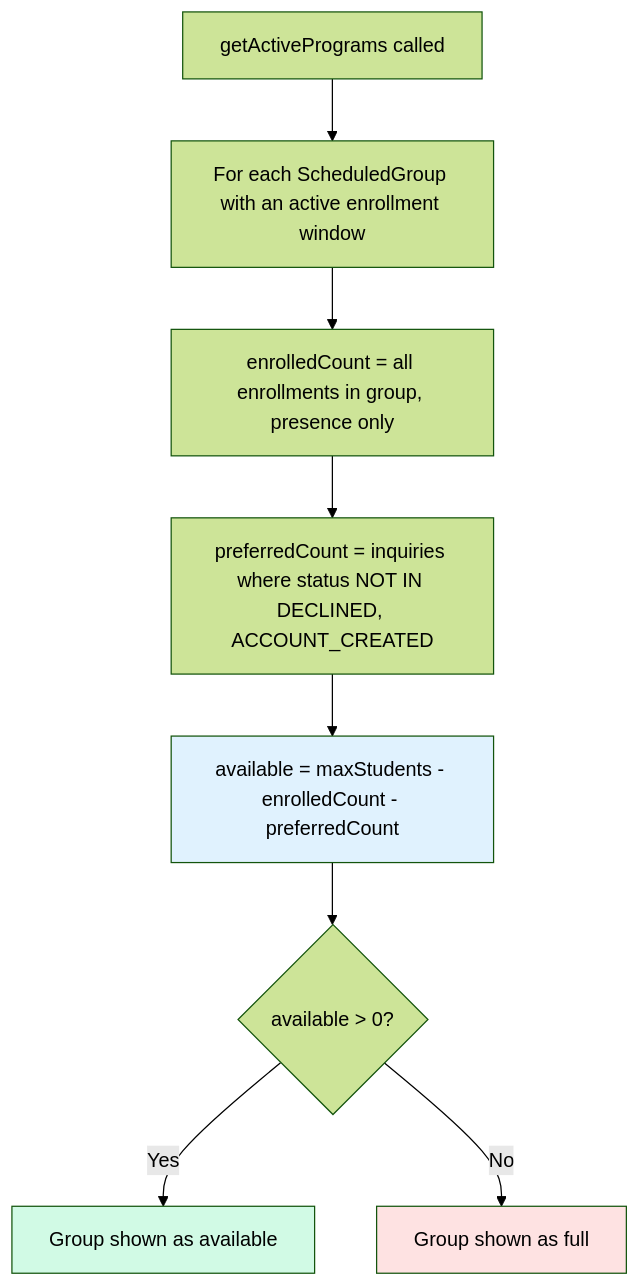
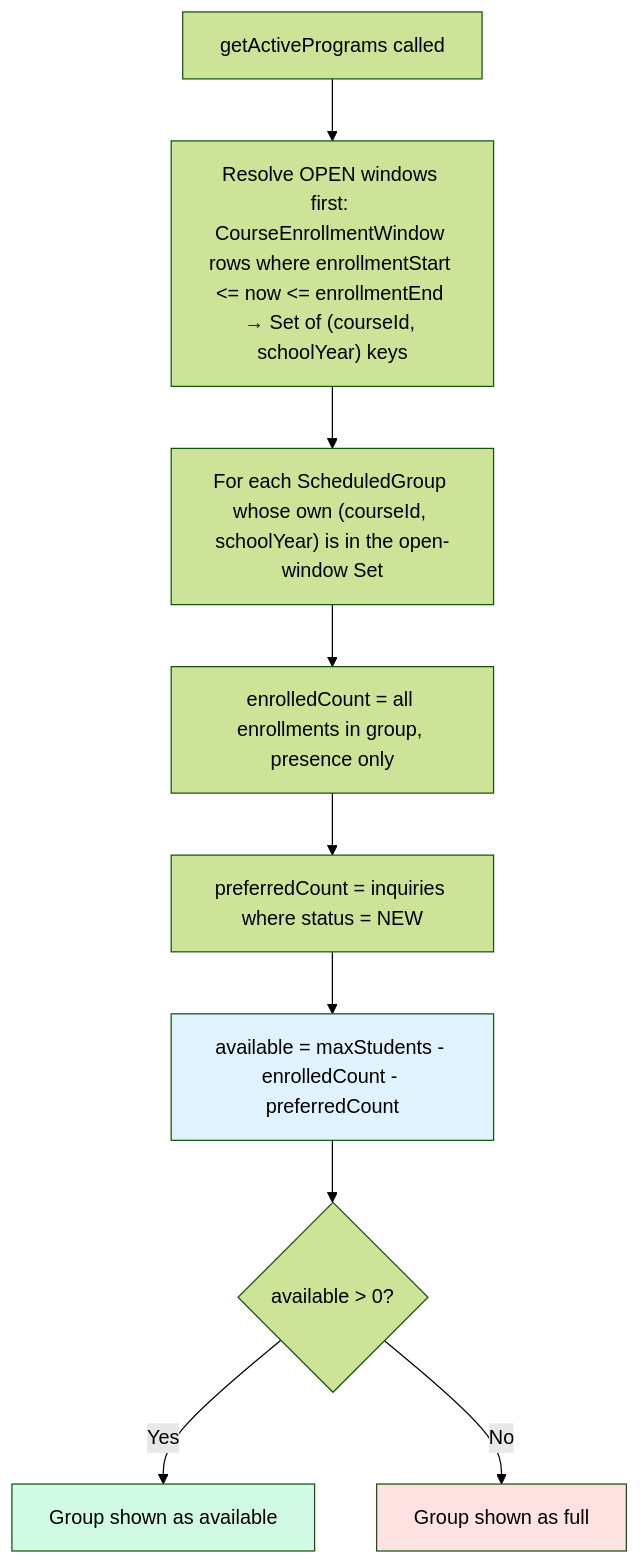
The second of 12 diagrams in docs/diagrams/flowchart.md (jpucic00/inovatic), drawn with Mermaid (forest theme) before and after one commit. The commit also changed other lines of this file and 2 other files, not shown here.

First line of the commit message:
Update ERD, flowchart, attendance diagrams to match current schema

````diff
--- a/docs/diagrams/flowchart.md
+++ b/docs/diagrams/flowchart.md
@@ -30,14 +31,15 @@
 ```mermaid
 flowchart TD
-    A[getActivePrograms called] --> B[For each ScheduledGroup with an active enrollment window]
+    A[getActivePrograms called] --> A2["Resolve OPEN windows first: CourseEnrollmentWindow rows where enrollmentStart &lt;= now &lt;= enrollmentEnd → Set of (courseId, schoolYear) keys"]
+    A2 --> B["For each ScheduledGroup whose own (courseId, schoolYear) is in the open-window Set"]
     B --> C[enrolledCount = all enrollments in group, presence only]
-    C --> D[preferredCount = inquiries where status NOT IN DECLINED, ACCOUNT_CREATED]
+    C --> D[preferredCount = inquiries where status = NEW]
     D --> E["available = maxStudents - enrolledCount - preferredCount"]
     E --> F{available > 0?}
     F -->|Yes| SHOW[Group shown as available]
     F -->|No| FULL[Group shown as full]
 
     style SHOW fill:#d1fae5
     style FULL fill:#fee2e2
     style E fill:#e0f2fe
 ```
````
